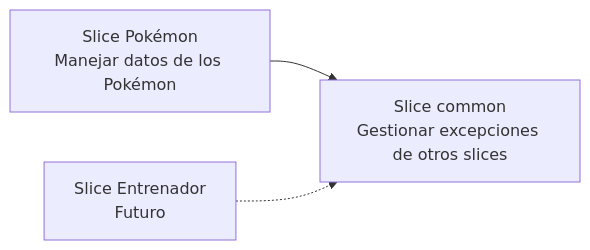
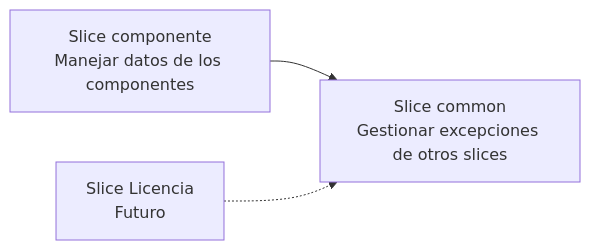
Before and after one commit to DBCris/Proyecto-Daily-Components: the diagram in documentation/gestion-errores.md, drawn with Mermaid. The commit also changed other lines of this file and 75 other files, not shown here.

````diff
--- a/documentation/gestion-errores.md
+++ b/documentation/gestion-errores.md
@@ -5,6 +5,6 @@
 ```mermaid
 flowchart LR
-    P[Slice Pokémon<br/>Manejar datos de los Pokémon] --> E
+    P[Slice componente<br/>Manejar datos de los componentes] --> E
     E[Slice common<br/>Gestionar excepciones de otros slices]
-    T[Slice Entrenador<br/>Futuro] -.-> E
+    T[Slice Licencia<br/>Futuro] -.-> E
 ```
````
